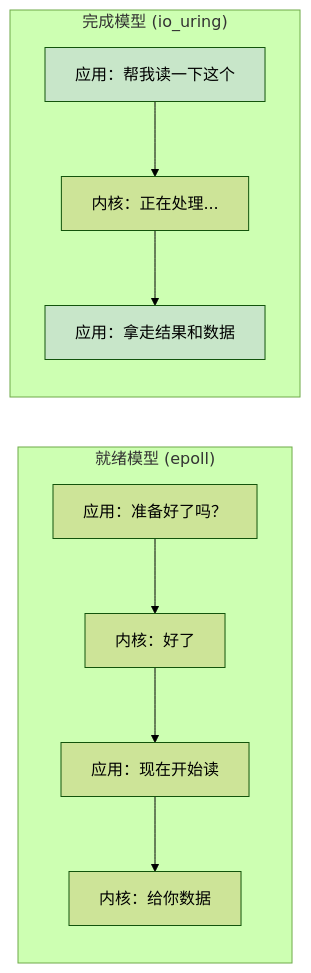
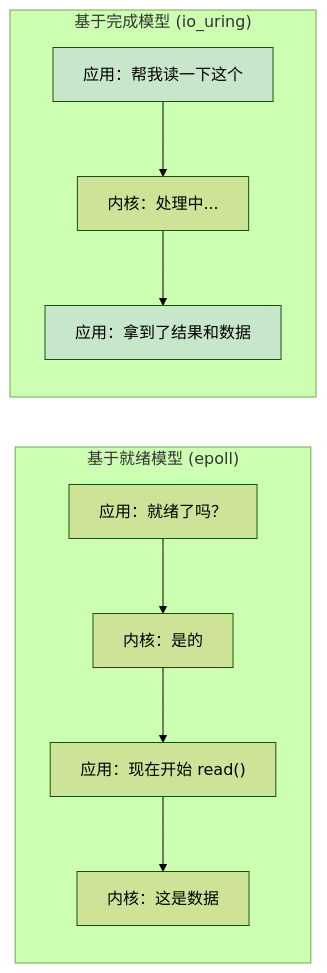
One commit to veegn/rust-training-zh changed the second of 3 diagrams in async-book/src/zh/ch07-executors-and-runtimes.md. Above: the diagram before and after it, drawn with Mermaid (forest theme). The commit also changed other lines of this file and 354 other files, not shown here.

````diff
--- a/async-book/src/zh/ch07-executors-and-runtimes.md
+++ b/async-book/src/zh/ch07-executors-and-runtimes.md
@@ -97,16 +96,16 @@
 ```mermaid
 graph LR
-    subgraph "就绪模型 (epoll)"
-        A1["应用：准备好了吗？"] --> K1["内核：好了"]
-        K1 --> A2["应用：现在开始读"]
-        A2 --> K2["内核：给你数据"]
+    subgraph "基于就绪模型 (epoll)"
+        A1["应用：就绪了吗？"] --> K1["内核：是的"]
+        K1 --> A2["应用：现在开始 read()"]
+        A2 --> K2["内核：这是数据"]
     end
 
-    subgraph "完成模型 (io_uring)"
-        B1["应用：帮我读一下这个"] --> K3["内核：正在处理..."]
-        K3 --> B2["应用：拿走结果和数据"]
+    subgraph "基于完成模型 (io_uring)"
+        B1["应用：帮我读一下这个"] --> K3["内核：处理中..."]
+        K3 --> B2["应用：拿到了结果和数据"]
     end
 
     style B1 fill:#c8e6c9,color:#000
     style B2 fill:#c8e6c9,color:#000
 ```
````
